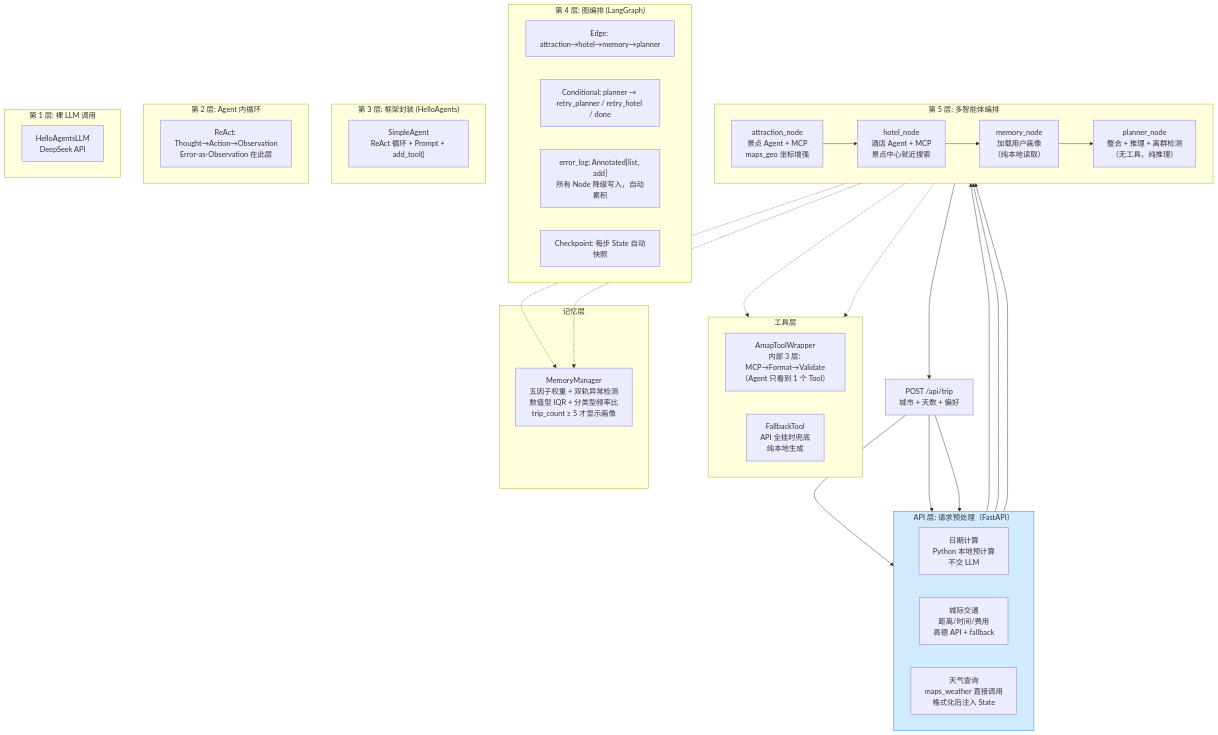
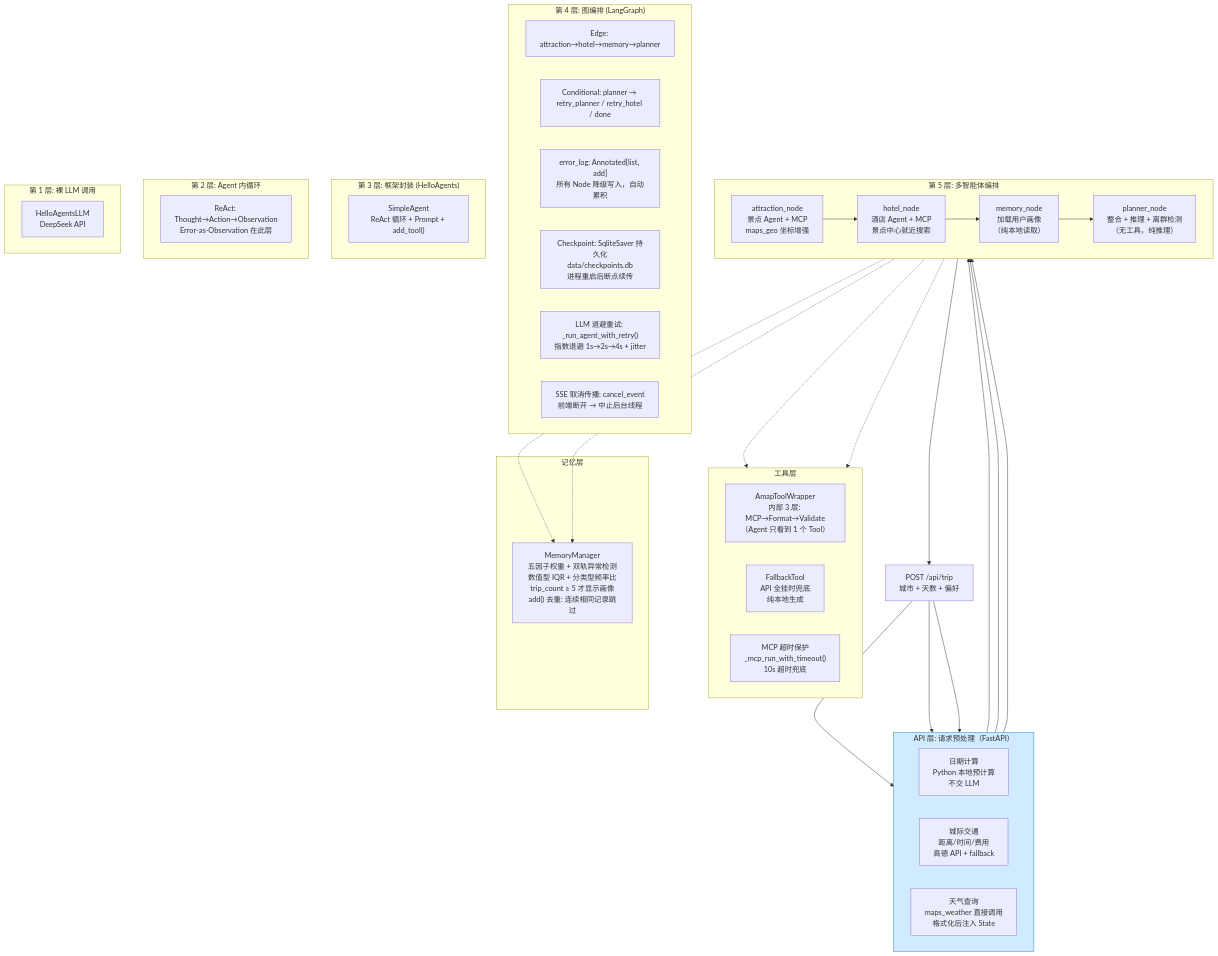
One commit to SuperGODOG/tripplanner changed the first of 7 diagrams in ARCHITECTURE.md. Above: the diagram before and after it, drawn with Mermaid. The commit also changed other lines of this file and 5 other files, not shown here.

First line of the commit message:
docs: 同步PROJECT/ARCHITECTURE/简历/面试文档反映interrupt升级

````diff
--- a/ARCHITECTURE.md
+++ b/ARCHITECTURE.md
@@ -9,58 +9,61 @@
 ```mermaid
 flowchart TB
     subgraph APILayer["API 层: 请求预处理（FastAPI）"]
         direction LR
         PRE1["日期计算<br/>Python 本地预计算<br/>不交 LLM"]
         PRE2["城际交通<br/>距离/时间/费用<br/>高德 API + fallback"]
         PRE3["天气查询<br/>maps_weather 直接调用<br/>格式化后注入 State"]
     end
 
     subgraph Layer5["第 5 层: 多智能体编排"]
         direction LR
         N1["attraction_node<br/>景点 Agent + MCP<br/>maps_geo 坐标增强"]
         N3["hotel_node<br/>酒店 Agent + MCP<br/>景点中心就近搜索"]
         N4["memory_node<br/>加载用户画像<br/>（纯本地读取）"]
         N5["planner_node<br/>整合 + 推理 + 离群检测<br/>（无工具，纯推理）"]
     end
 
     subgraph Layer4["第 4 层: 图编排 (LangGraph)"]
         EDGE["Edge: attraction→hotel→memory→planner"]
         COND["Conditional: planner → retry_planner / retry_hotel / done"]
         ERRLOG["error_log: Annotated[list, add]<br/>所有 Node 降级写入，自动累积"]
-        CHECKPOINT["Checkpoint: 每步 State 自动快照"]
+        CHECKPOINT["Checkpoint: SqliteSaver 持久化<br/>data/checkpoints.db<br/>进程重启后断点续传"]
+        RETRY["LLM 退避重试: _run_agent_with_retry()<br/>指数退避 1s→2s→4s + jitter"]
+        CANCEL["SSE 取消传播: cancel_event<br/>前端断开 → 中止后台线程"]
     end
 
     subgraph Layer3["第 3 层: 框架封装 (HelloAgents)"]
         AGENT["SimpleAgent<br/>ReAct 循环 + Prompt + add_tool()"]
     end
 
     subgraph Layer2["第 2 层: Agent 内循环"]
         REACT["ReAct: Thought→Action→Observation<br/>Error-as-Observation 在此层"]
     end
 
     subgraph Layer1["第 1 层: 裸 LLM 调用"]
         LLM["HelloAgentsLLM<br/>DeepSeek API"]
     end
 
     subgraph ToolLayer["工具层"]
         direction LR
         WRAPPER["AmapToolWrapper<br/>内部 3 层: MCP→Format→Validate<br/>（Agent 只看到 1 个 Tool）"]
         FALLBACK["FallbackTool<br/>API 全挂时兜底<br/>纯本地生成"]
+        MCPTIMEOUT["MCP 超时保护<br/>_mcp_run_with_timeout()<br/>10s 超时兜底"]
     end
 
     subgraph MemoryLayer["记忆层"]
-        MEMORY["MemoryManager<br/>五因子权重 + 双轨异常检测<br/>数值型 IQR + 分类型频率比<br/>trip_count ≥ 5 才显示画像"]
+        MEMORY["MemoryManager<br/>五因子权重 + 双轨异常检测<br/>数值型 IQR + 分类型频率比<br/>trip_count ≥ 5 才显示画像<br/>add() 去重: 连续相同记录跳过"]
     end
 
     USER["POST /api/trip<br/>城市 + 天数 + 偏好"] --> PRE1 & PRE2 & PRE3
     PRE1 & PRE2 & PRE3 --> N1
     N1 --> N3 --> N4 --> N5
     N5 --> USER
 
     N1 -.-> WRAPPER
     N3 -.-> WRAPPER
     N4 -.-> MEMORY
     N5 -.-> MEMORY
 
     style APILayer fill:#d0ebff,stroke:#1c7ed6
 ```
````
